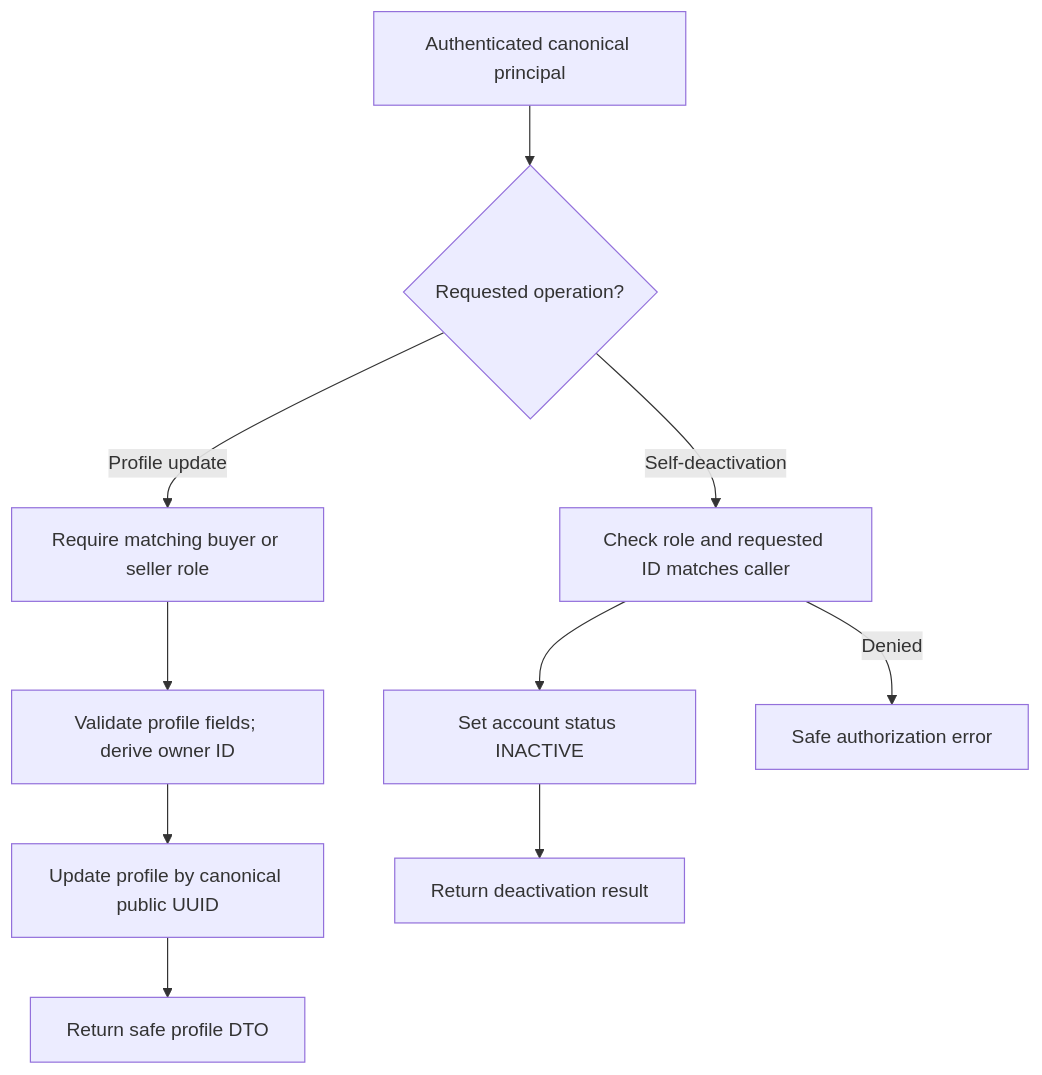
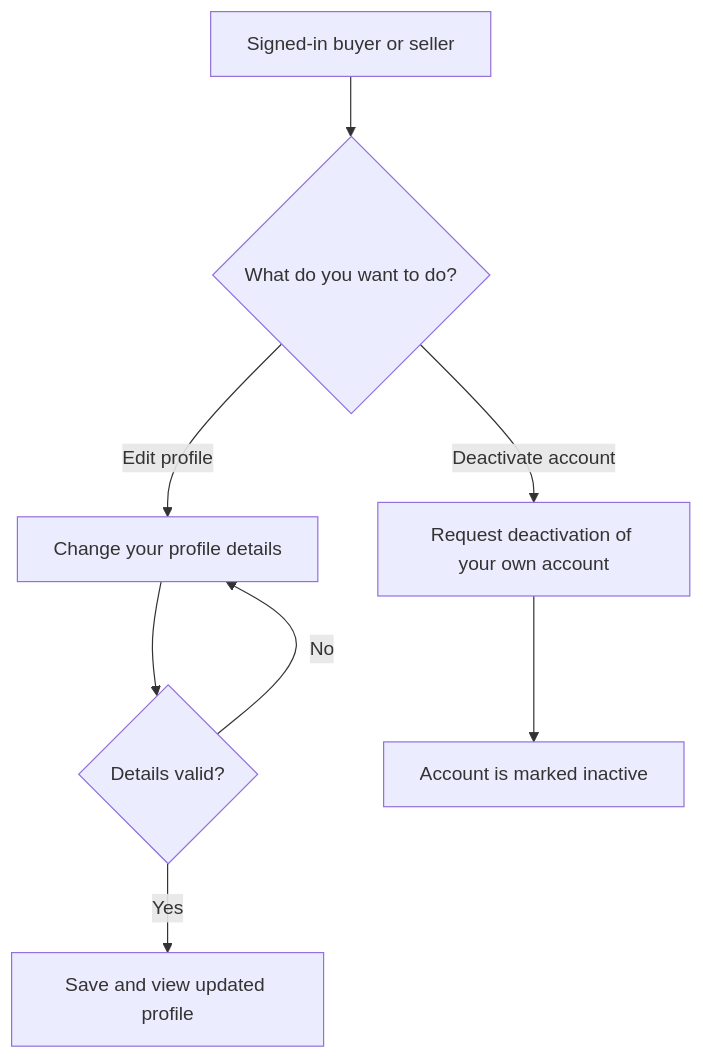
Before and after one commit to younessFathi/auto-parto: the second of 12 diagrams in docs/workflows.md, drawn with Mermaid. The commit also changed other lines of this file and 2 other files, not shown here.

Commit message:
docs: lead with functional buyer and seller journeys

````diff
--- a/docs/workflows.md
+++ b/docs/workflows.md
@@ -195,12 +46,10 @@
 ```mermaid
 flowchart TD
-    ACTOR["Authenticated canonical principal"] --> ACTION{"Requested operation?"}
-    ACTION -->|Profile update| PROFILE["Require matching buyer or seller role"]
-    PROFILE --> VALIDATE["Validate profile fields; derive owner ID"]
-    VALIDATE --> UPDATE["Update profile by canonical public UUID"]
-    UPDATE --> DTO["Return safe profile DTO"]
-    ACTION -->|Self-deactivation| OWNER["Check role and requested ID matches caller"]
-    OWNER --> STATUS["Set account status INACTIVE"]
-    STATUS --> RESPONSE["Return deactivation result"]
-    OWNER -->|Denied| ERROR["Safe authorization error"]
+    A["Signed-in buyer or seller"] --> B{"What do you want to do?"}
+    B -->|Edit profile| C["Change your profile details"]
+    C --> D{"Details valid?"}
+    D -->|No| C
+    D -->|Yes| E["Save and view updated profile"]
+    B -->|Deactivate account| F["Request deactivation of your own account"]
+    F --> G["Account is marked inactive"]
 ```
````
